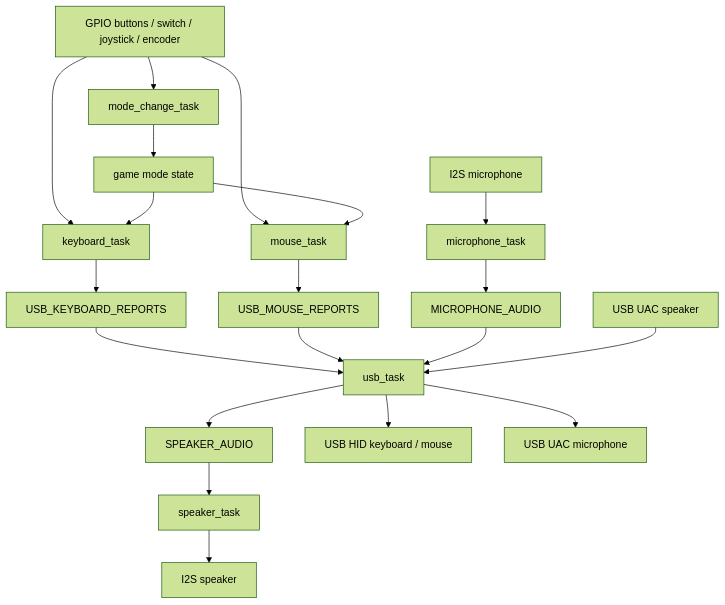
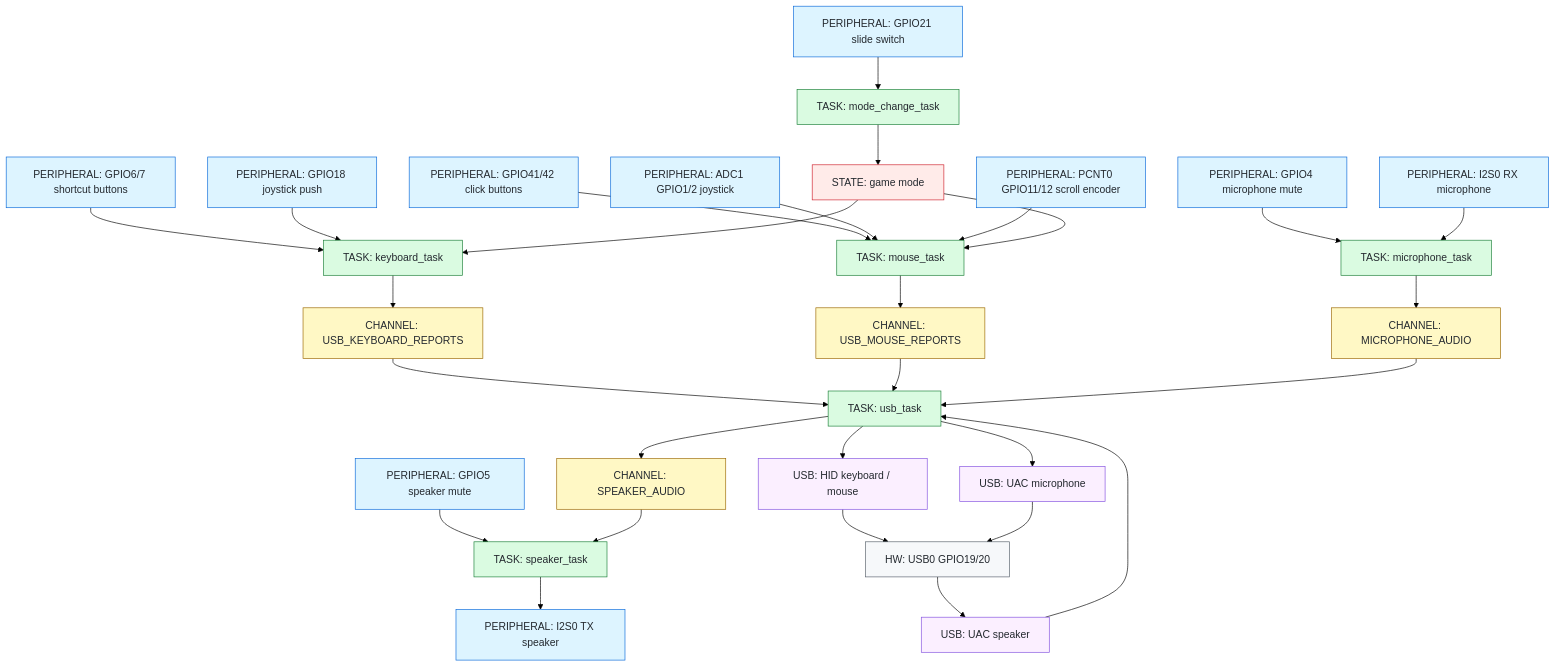
Before and after one commit to segfau-yama/dxxk_mouse: the diagram in README.md, drawn with Mermaid (forest theme). The commit also changed 4 other files, not shown here.

Commit message:
READMEの設計図修正

````diff
--- a/README.md
+++ b/README.md
@@ -52,27 +52,50 @@
 ```mermaid
 flowchart TD
-  GPIO[GPIO buttons / switch / joystick / encoder] --> KeyboardTask[keyboard_task]
-  GPIO --> MouseTask[mouse_task]
-  GPIO --> ModeTask[mode_change_task]
+  ShortcutGpio["PERIPHERAL: GPIO6/7 shortcut buttons"] --> KeyboardTask["TASK: keyboard_task"]
+  PushGpio["PERIPHERAL: GPIO18 joystick push"] --> KeyboardTask
+  ModeGpio["PERIPHERAL: GPIO21 slide switch"] --> ModeTask["TASK: mode_change_task"]
 
-  KeyboardTask --> KeyboardReports[USB_KEYBOARD_REPORTS]
-  MouseTask --> MouseReports[USB_MOUSE_REPORTS]
-  ModeTask --> GameMode[game mode state]
+  ClickGpio["PERIPHERAL: GPIO41/42 click buttons"] --> MouseTask["TASK: mouse_task"]
+  JoystickAdc["PERIPHERAL: ADC1 GPIO1/2 joystick"] --> MouseTask
+  ScrollPcnt["PERIPHERAL: PCNT0 GPIO11/12 scroll encoder"] --> MouseTask
 
-  KeyboardReports --> UsbTask[usb_task]
-  MouseReports --> UsbTask
+  MicMuteGpio["PERIPHERAL: GPIO4 microphone mute"] --> MicrophoneTask["TASK: microphone_task"]
+  I2sMic["PERIPHERAL: I2S0 RX microphone"] --> MicrophoneTask
+  SpeakerMuteGpio["PERIPHERAL: GPIO5 speaker mute"] --> SpeakerTask["TASK: speaker_task"]
+  SpeakerTask --> I2sSpeaker["PERIPHERAL: I2S0 TX speaker"]
+
+  KeyboardTask --> KeyboardReports["CHANNEL: USB_KEYBOARD_REPORTS"]
+  MouseTask --> MouseReports["CHANNEL: USB_MOUSE_REPORTS"]
+  ModeTask --> GameMode["STATE: game mode"]
   GameMode --> KeyboardTask
   GameMode --> MouseTask
 
-  I2sMic[I2S microphone] --> MicrophoneTask[microphone_task]
-  MicrophoneTask --> MicrophoneAudio[MICROPHONE_AUDIO]
+  MicrophoneTask --> MicrophoneAudio["CHANNEL: MICROPHONE_AUDIO"]
+  UsbTask["TASK: usb_task"] --> SpeakerAudio["CHANNEL: SPEAKER_AUDIO"]
+  SpeakerAudio --> SpeakerTask
+
+  KeyboardReports --> UsbTask
+  MouseReports --> UsbTask
   MicrophoneAudio --> UsbTask
 
-  UsbTask --> SpeakerAudio[SPEAKER_AUDIO]
-  SpeakerAudio --> SpeakerTask[speaker_task]
-  SpeakerTask --> I2sSpeaker[I2S speaker]
+  UsbTask --> UsbHid["USB: HID keyboard / mouse"]
+  UsbTask --> UsbMic["USB: UAC microphone"]
+  UsbSpeaker["USB: UAC speaker"] --> UsbTask
+  UsbHardware["HW: USB0 GPIO19/20"] --> UsbSpeaker
+  UsbHid --> UsbHardware
+  UsbMic --> UsbHardware
 
-  UsbTask --> UsbHid[USB HID keyboard / mouse]
-  UsbTask --> UsbMic[USB UAC microphone]
-  UsbSpeaker[USB UAC speaker] --> UsbTask
+  class ShortcutGpio,PushGpio,ModeGpio,ClickGpio,JoystickAdc,ScrollPcnt,MicMuteGpio,I2sMic,SpeakerMuteGpio,I2sSpeaker peripheral
+  class KeyboardTask,ModeTask,MouseTask,MicrophoneTask,SpeakerTask,UsbTask task
+  class KeyboardReports,MouseReports,MicrophoneAudio,SpeakerAudio channel
+  class GameMode state
+  class UsbHid,UsbMic,UsbSpeaker usb
+  class UsbHardware hardware
+
+  classDef peripheral fill:#ddf4ff,stroke:#0969da,color:#24292f
+  classDef task fill:#dafbe1,stroke:#1a7f37,color:#24292f
+  classDef channel fill:#fff8c5,stroke:#9a6700,color:#24292f
+  classDef state fill:#ffebe9,stroke:#cf222e,color:#24292f
+  classDef usb fill:#fbefff,stroke:#8250df,color:#24292f
+  classDef hardware fill:#f6f8fa,stroke:#57606a,color:#24292f
 ```
````
